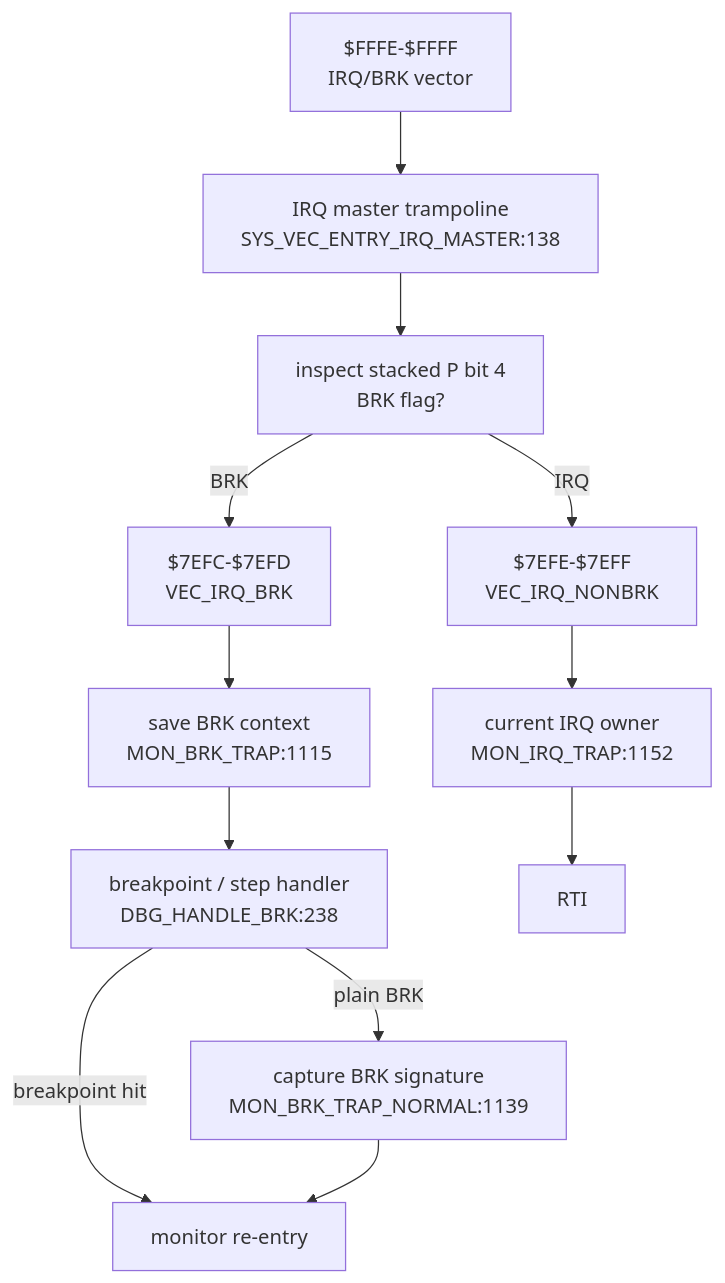
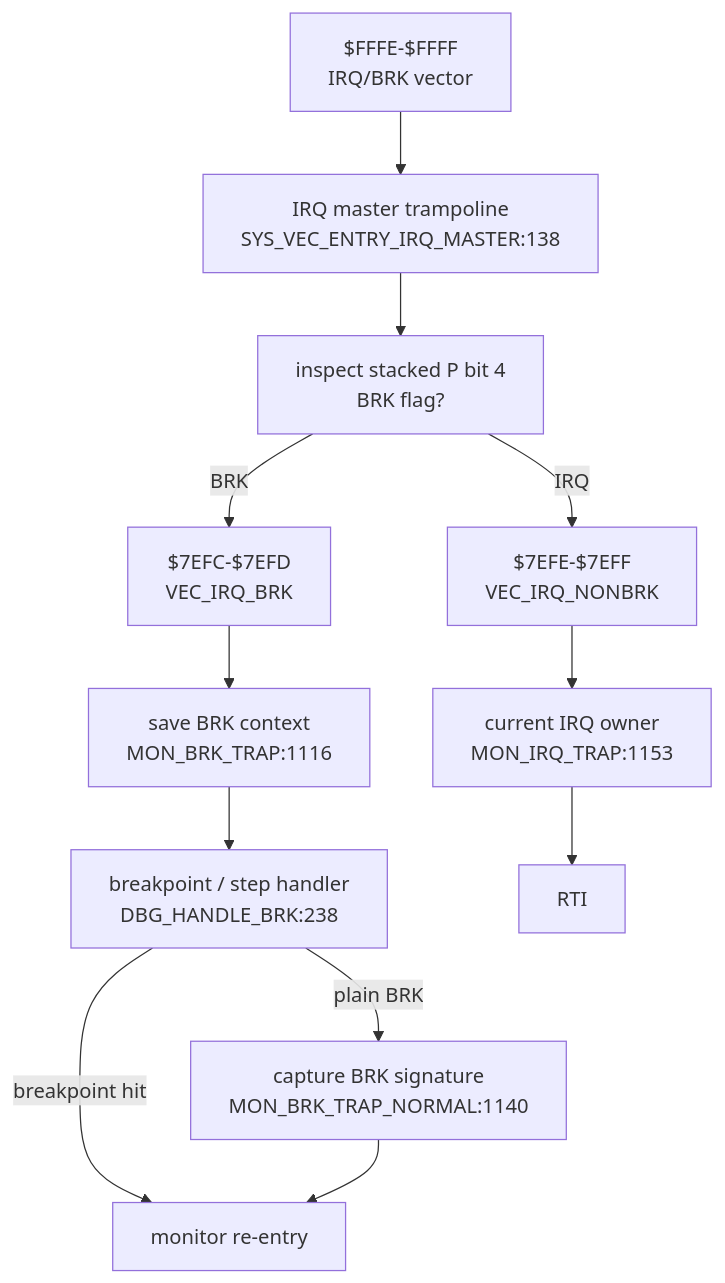
Before and after one commit to 95westus/R-YORS: the fifth of 6 diagrams in DOC/GENERATED/INTERRUPT_VECTOR_MAP.md, drawn with Mermaid. The commit also changed other lines of this file and 58 other files, not shown here.

````diff
--- a/DOC/GENERATED/INTERRUPT_VECTOR_MAP.md
+++ b/DOC/GENERATED/INTERRUPT_VECTOR_MAP.md
@@ -75,14 +75,14 @@
 ```mermaid
 flowchart TD
     IRQV["$FFFE-$FFFF<br/>IRQ/BRK vector"] --> IRQMASTER["IRQ master trampoline<br/>SYS_VEC_ENTRY_IRQ_MASTER:138"]
     IRQMASTER --> SPLIT["inspect stacked P bit 4<br/>BRK flag?"]
     SPLIT -->|BRK| VECBRK["$7EFC-$7EFD<br/>VEC_IRQ_BRK"]
     SPLIT -->|IRQ| VECIRQ["$7EFE-$7EFF<br/>VEC_IRQ_NONBRK"]
-    VECBRK --> BRKTRAP["save BRK context<br/>MON_BRK_TRAP:1115"]
+    VECBRK --> BRKTRAP["save BRK context<br/>MON_BRK_TRAP:1116"]
     BRKTRAP --> DBGBRK["breakpoint / step handler<br/>DBG_HANDLE_BRK:238"]
     DBGBRK -->|breakpoint hit| REENTER["monitor re-entry"]
-    DBGBRK -->|plain BRK| BRKNORMAL["capture BRK signature<br/>MON_BRK_TRAP_NORMAL:1139"]
+    DBGBRK -->|plain BRK| BRKNORMAL["capture BRK signature<br/>MON_BRK_TRAP_NORMAL:1140"]
     BRKNORMAL --> REENTER
-    VECIRQ --> IRQTRAP["current IRQ owner<br/>MON_IRQ_TRAP:1152"]
+    VECIRQ --> IRQTRAP["current IRQ owner<br/>MON_IRQ_TRAP:1153"]
     IRQTRAP --> RTIIRQ["RTI"]
 ```
````
